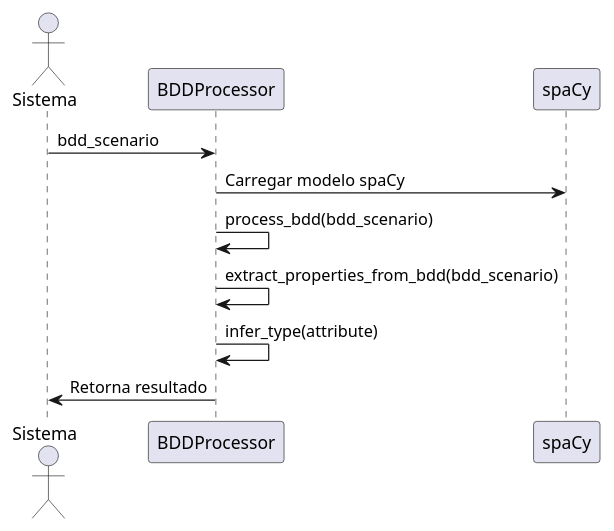
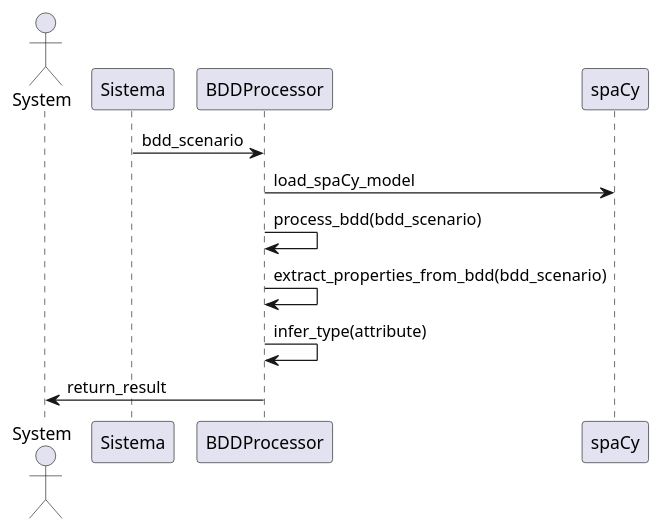
The diagram in diagrams/proccess_bdd_diagram_sequency.puml (sagarcia31/Code-Generator), drawn with PlantUML before and after one commit. The commit also changed 5 other files, not shown here.

Commit message:
updating diagrams

```diff
--- a/diagrams/proccess_bdd_diagram_sequency.puml
+++ b/diagrams/proccess_bdd_diagram_sequency.puml
@@ -2,13 +2,13 @@
 @startuml
-actor Sistema
+actor System
 
 Sistema -> BDDProcessor : bdd_scenario
 
-BDDProcessor -> spaCy : Carregar modelo spaCy
+BDDProcessor -> spaCy : load_spaCy_model
 BDDProcessor -> BDDProcessor : process_bdd(bdd_scenario)
 BDDProcessor -> BDDProcessor : extract_properties_from_bdd(bdd_scenario)
 BDDProcessor -> BDDProcessor : infer_type(attribute)
 
-BDDProcessor -> Sistema : Retorna resultado
+BDDProcessor -> System : return_result
 
 @enduml
```
